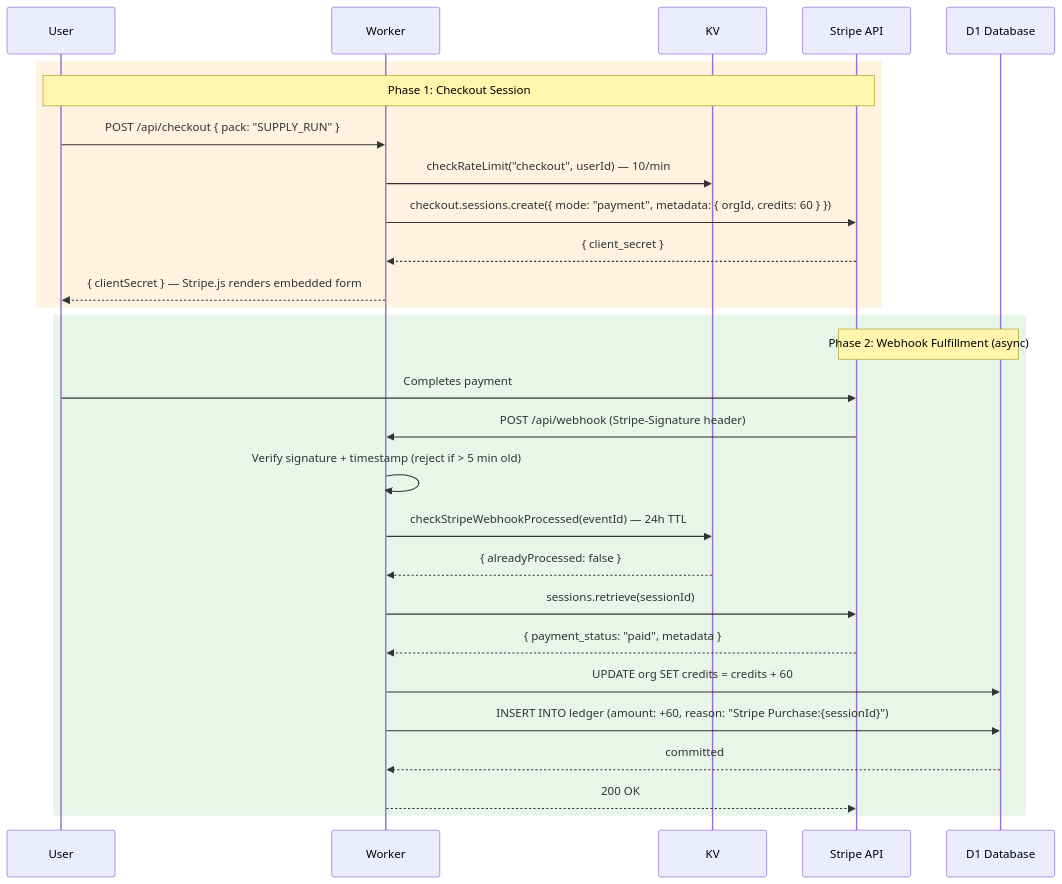
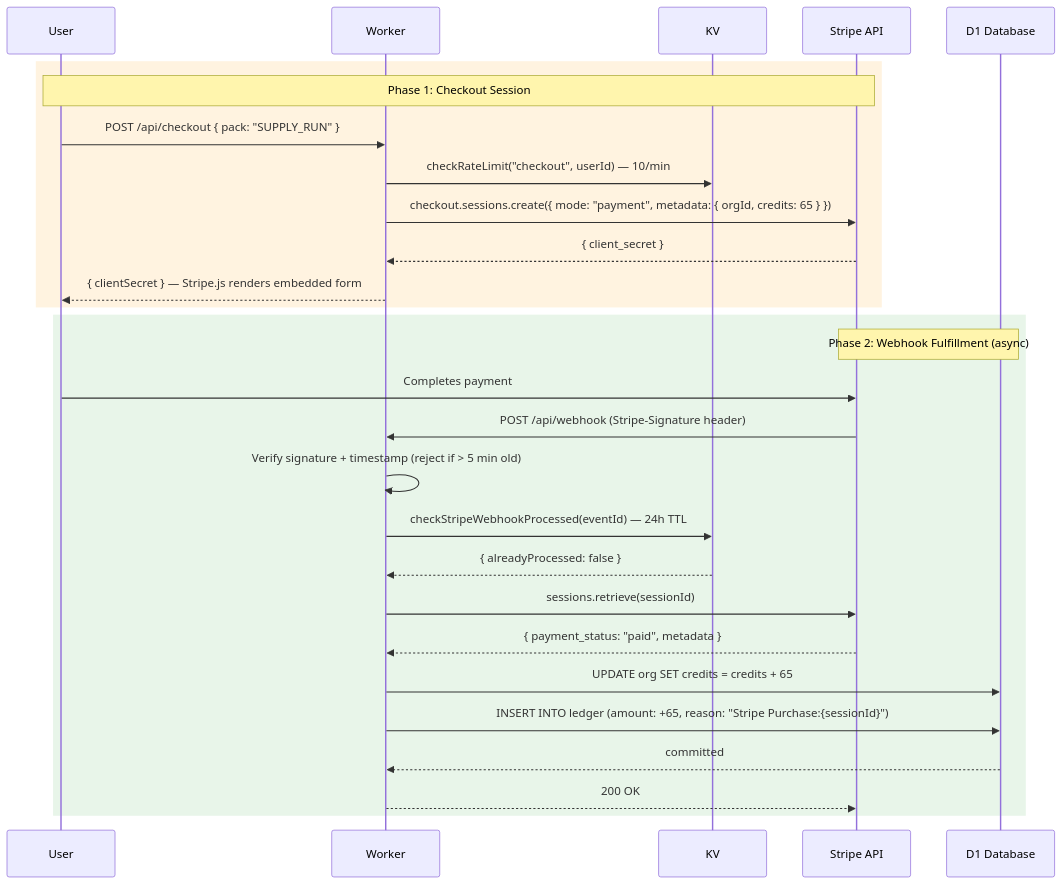
The fourth of 16 diagrams in README.md (bjamesdowning/ration-mirror), drawn with Mermaid before and after one commit. The commit also changed other lines of this file and 11 other files, not shown here.

````diff
--- a/README.md
+++ b/README.md
@@ -267,32 +267,32 @@
 ```mermaid
 sequenceDiagram
     participant User as User
     participant Worker as Worker
     participant KV as KV
     participant Stripe as Stripe API
     participant D1 as D1 Database
 
     rect rgb(255, 243, 224)
         Note over User,Stripe: Phase 1: Checkout Session
         User->>Worker: POST /api/checkout { pack: "SUPPLY_RUN" }
         Worker->>KV: checkRateLimit("checkout", userId) — 10/min
-        Worker->>Stripe: checkout.sessions.create({ mode: "payment", metadata: { orgId, credits: 60 } })
+        Worker->>Stripe: checkout.sessions.create({ mode: "payment", metadata: { orgId, credits: 65 } })
         Stripe-->>Worker: { client_secret }
         Worker-->>User: { clientSecret } — Stripe.js renders embedded form
     end
 
     rect rgb(232, 245, 233)
         Note over Stripe,D1: Phase 2: Webhook Fulfillment (async)
         User->>Stripe: Completes payment
         Stripe->>Worker: POST /api/webhook (Stripe-Signature header)
         Worker->>Worker: Verify signature + timestamp (reject if > 5 min old)
         Worker->>KV: checkStripeWebhookProcessed(eventId) — 24h TTL
         KV-->>Worker: { alreadyProcessed: false }
         Worker->>Stripe: sessions.retrieve(sessionId)
         Stripe-->>Worker: { payment_status: "paid", metadata }
-        Worker->>D1: UPDATE org SET credits = credits + 60
-        Worker->>D1: INSERT INTO ledger (amount: +60, reason: "Stripe Purchase:{sessionId}")
+        Worker->>D1: UPDATE org SET credits = credits + 65
+        Worker->>D1: INSERT INTO ledger (amount: +65, reason: "Stripe Purchase:{sessionId}")
         D1-->>Worker: committed
         Worker-->>Stripe: 200 OK
     end
 ```
````
